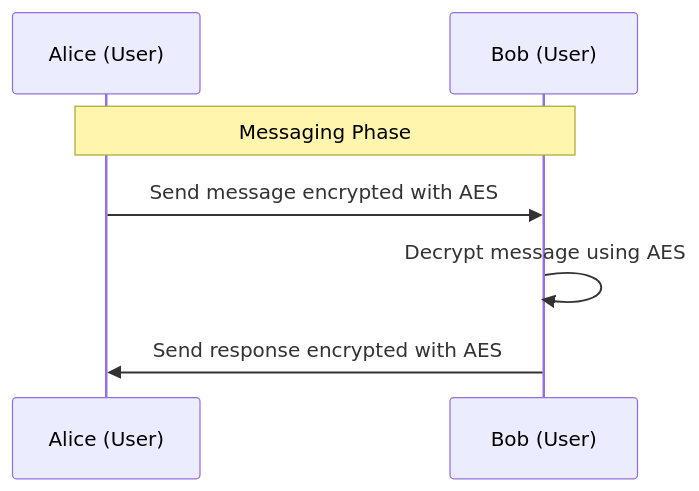
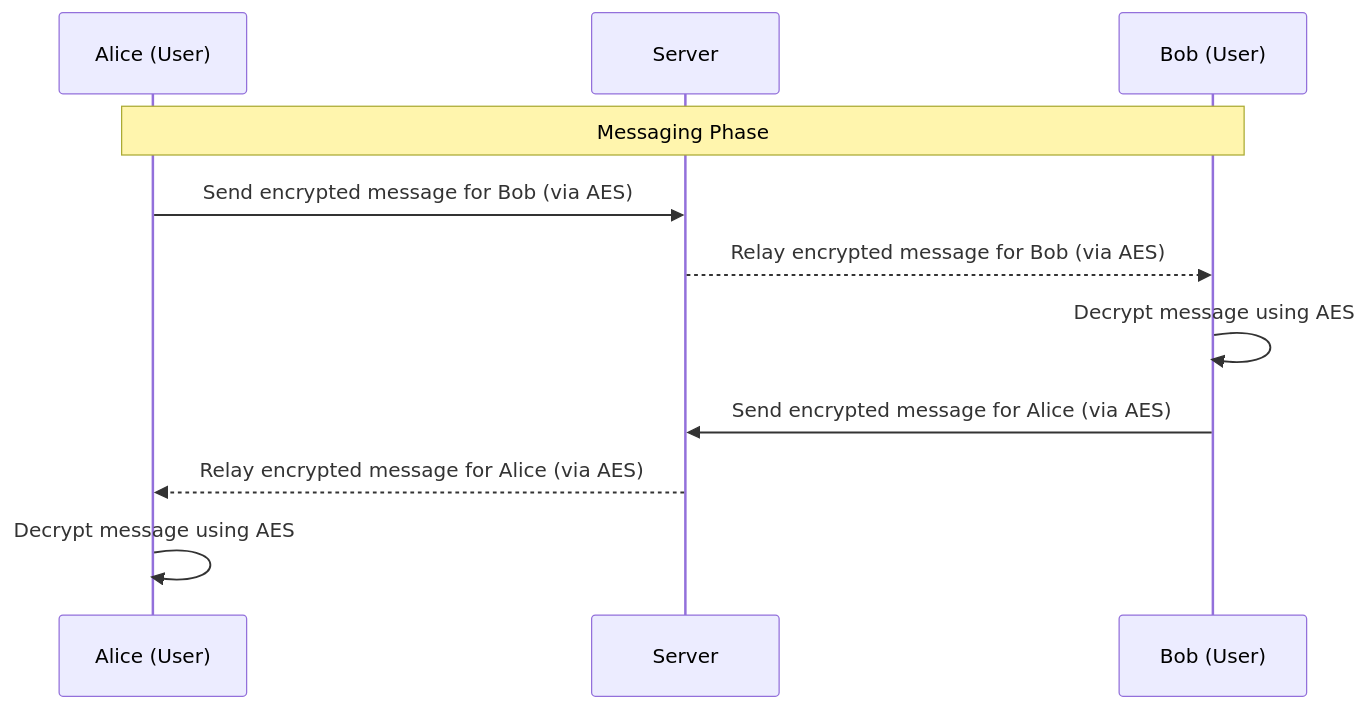
Before and after one commit to GuillaumeDorschner/RTU-CryptoChatApp: the third of 4 diagrams in Technical Design System.md, drawn with Mermaid. The commit also changed other lines of this file and 1 other file, not shown here.

````diff
--- a/Technical Design System.md
+++ b/Technical Design System.md
@@ -78,10 +78,14 @@
 ```mermaid
 sequenceDiagram
     participant A as Alice (User)
+    participant S as Server
     participant B as Bob (User)
 
     Note over A,B: Messaging Phase
-    A->>B: Send message encrypted with AES
+    A->>S: Send encrypted message for Bob (via AES)
+    S-->>B: Relay encrypted message for Bob (via AES)
     B->>B: Decrypt message using AES
-    B->>A: Send response encrypted with AES
+    B->>S: Send encrypted message for Alice (via AES)
+    S-->>A: Relay encrypted message for Alice (via AES)
+    A->>A: Decrypt message using AES
 ```
````
